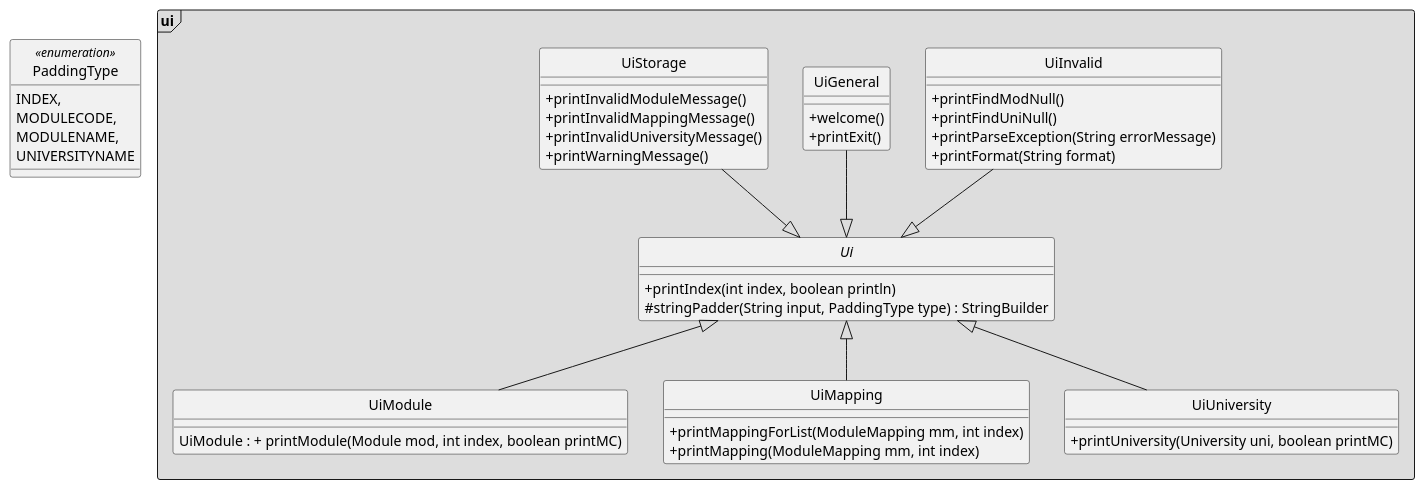
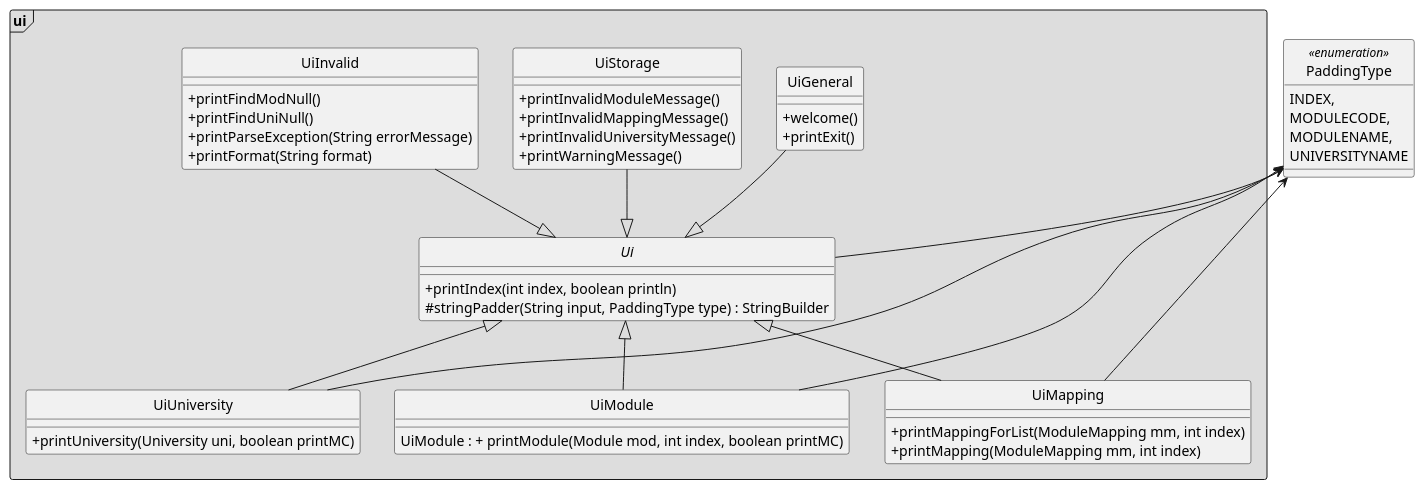
The diagram in docs/umls/ui.puml (nus-cs2113-AY2122S1/tp), drawn with PlantUML before and after one commit. The commit also changed 2 other files, not shown here.

```diff
--- a/docs/umls/ui.puml
+++ b/docs/umls/ui.puml
@@ -1,55 +1,60 @@
 @startuml
 'https://plantuml.com/class-diagram
 hide circle
 skinparam classAttributeIconSize 0
 skinparam groupInheritance 1
 
 package "ui" <<Frame>> #DDDDDD {
     abstract class Ui {
     + printIndex(int index, boolean println)
     # stringPadder(String input, PaddingType type) : StringBuilder
     }
 
     class UiModule extends Ui{
     UiModule : + printModule(Module mod, int index, boolean printMC)
     }
 
     class UiMapping extends Ui {
     + printMappingForList(ModuleMapping mm, int index)
     + printMapping(ModuleMapping mm, int index)
     }
 
     class UiUniversity extends Ui {
     + printUniversity(University uni, boolean printMC)
     }
 
 UiInvalid --|> Ui
     class UiInvalid {
     + printFindModNull()
     + printFindUniNull()
     + printParseException(String errorMessage)
     + printFormat(String format)
     }
 
 UiGeneral --|> Ui
     class UiGeneral {
     + welcome()
     + printExit()
     }
 
 UiStorage --|> Ui
     class UiStorage {
     + printInvalidModuleMessage()
     + printInvalidMappingMessage()
     + printInvalidUniversityMessage()
     + printWarningMessage()
     }
 }
+
+PaddingType <-- Ui
+PaddingType <-- UiModule
+PaddingType <-- UiMapping
+PaddingType <-- UiUniversity
 enum PaddingType <<enumeration>> {
     INDEX,
     MODULECODE,
     MODULENAME,
     UNIVERSITYNAME
 }
 
 @enduml
```
